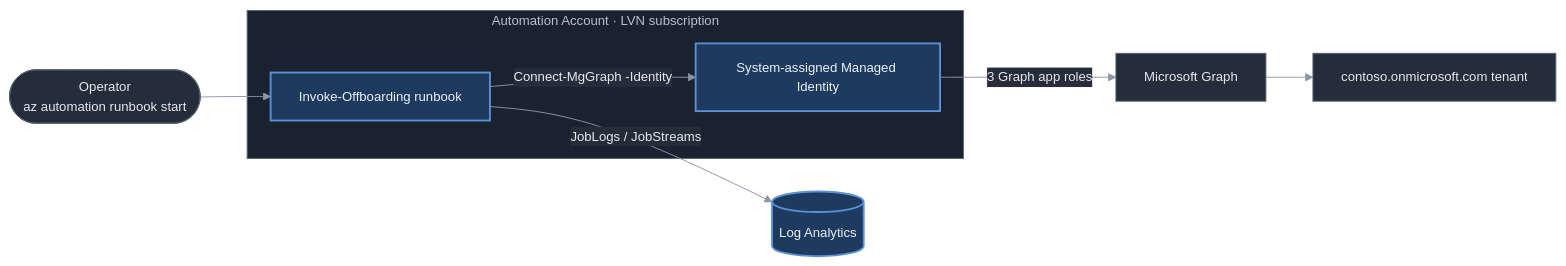
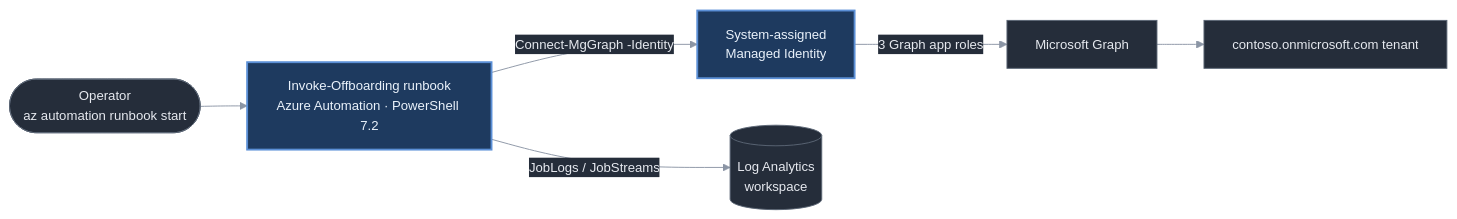
Before and after one commit to realitylvn/m365-offboarding-automator: the diagram in README.md, drawn with Mermaid. The commit also changed 1 other file, not shown here.

Commit message:
docs: match azure-cost-sentinel diagram convention exactly
Dropped the subgraph — GitHub does not reliably honour the clusterBkg
themeVariable (rendered a light tan container despite the dark value; mermaid-cli
showed it dark, so local render missed it). azure-cost-sentinel has no subgraphs
and never hit this. Now: cost-sentinel's exact init block (no cluster keys),
same classDef built/ext, same shape vocabulary (stadium entry point, plain
service nodes, cylinder datastore). "Automation Account" moved to the runbook
node label. Both themes verified with mermaid-cli.

````diff
--- a/README.md
+++ b/README.md
@@ -48,28 +48,22 @@
 ```mermaid
 %%{init: {'theme':'base', 'themeVariables': {
   'fontSize':'14px',
   'primaryColor':'#252d3a',
   'primaryTextColor':'#e6e9ef',
   'primaryBorderColor':'#5b6675',
   'lineColor':'#8b95a5',
   'textColor':'#e6e9ef',
-  'edgeLabelBackground':'#252d3a',
-  'clusterBkg':'#1a2230',
-  'clusterBorder':'#5b6675'
+  'edgeLabelBackground':'#252d3a'
 }}}%%
 flowchart LR
-  op(["Operator<br/>az automation runbook start"]) --> rb
-  subgraph AA["Automation Account · LVN subscription"]
-    rb["Invoke-Offboarding runbook"]
-    mi["System-assigned Managed Identity"]
-  end
-  rb -->|"Connect-MgGraph -Identity"| mi
-  mi -->|"3 Graph app roles"| msgraph["Microsoft Graph"]
-  msgraph --> tenant["contoso.onmicrosoft.com tenant"]
-  rb -->|"JobLogs / JobStreams"| law[("Log Analytics")]
+    op(["Operator<br/>az automation runbook start"]) --> rb["Invoke-Offboarding runbook<br/>Azure Automation · PowerShell 7.2"]
+    rb -->|"Connect-MgGraph -Identity"| mi["System-assigned<br/>Managed Identity"]
+    mi -->|"3 Graph app roles"| msgraph["Microsoft Graph"]
+    msgraph --> tenant["contoso.onmicrosoft.com tenant"]
+    rb -->|"JobLogs / JobStreams"| law[("Log Analytics<br/>workspace")]
 
-  classDef built fill:#1e3a5f,stroke:#5b8fd6,stroke-width:2px,color:#eaf2fb;
-  classDef ext fill:#252d3a,stroke:#5b6675,color:#e6e9ef;
-  class rb,mi,law built;
-  class op,msgraph,tenant ext;
+    classDef built fill:#1e3a5f,stroke:#5b8fd6,stroke-width:2px,color:#eaf2fb;
+    classDef ext fill:#252d3a,stroke:#5b6675,color:#e6e9ef;
+    class rb,mi built;
+    class op,msgraph,tenant,law ext;
 ```
````
